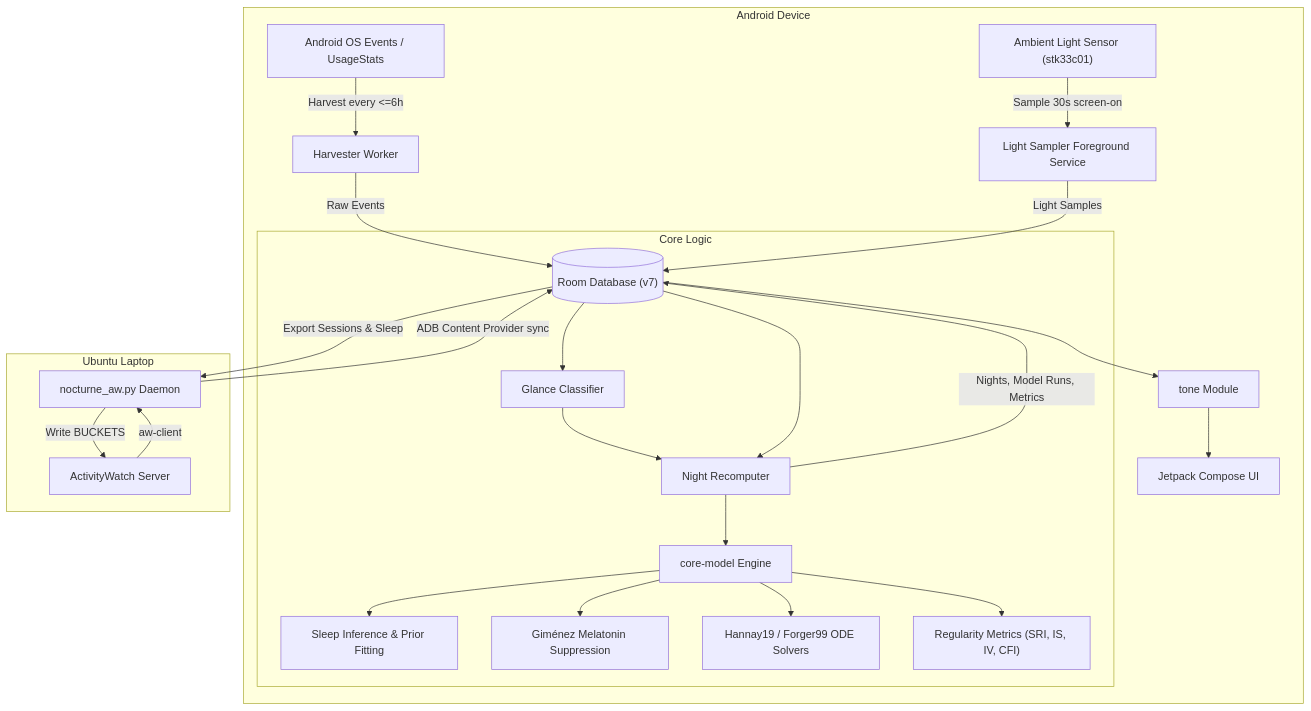
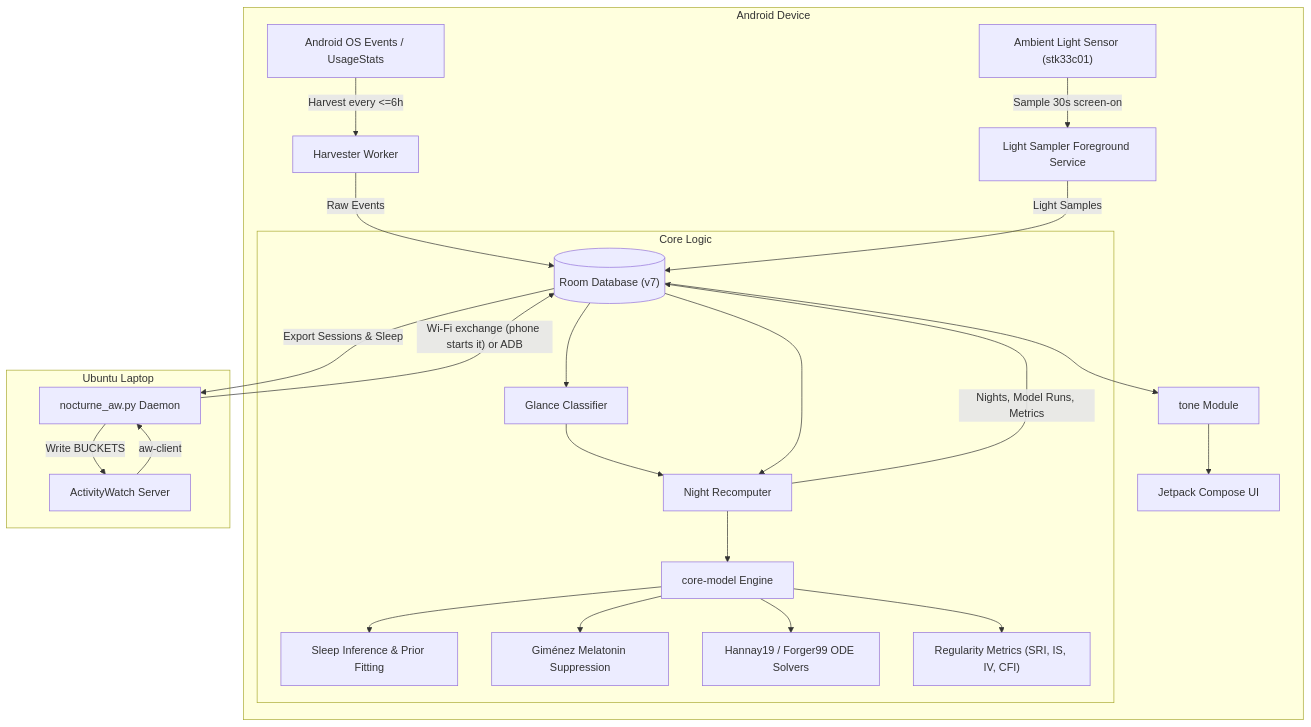
The first of 5 diagrams in README.md (Anbu-00001/Nocturne), drawn with Mermaid before and after one commit. The commit also changed other lines of this file and 25 other files, not shown here.

Commit message:
Phase 5: Wi-Fi sync started by the phone (pinned TLS, signed requests, private addresses only), pair over adb, Settings block; twelve-days data findings; live-test false positive fixed

````diff
--- a/README.md
+++ b/README.md
@@ -25,33 +25,33 @@
 ```mermaid
 graph TD
     subgraph Android Device
         OS["Android OS Events / UsageStats"] -->|Harvest every <=6h| HARVESTER["Harvester Worker"]
         LIGHT_SENSOR["Ambient Light Sensor (stk33c01)"] -->|Sample 30s screen-on| LIGHT_SVC["Light Sampler Foreground Service"]
         
         HARVESTER -->|Raw Events| ROOM_DB[("Room Database (v7)")]
         LIGHT_SVC -->|Light Samples| ROOM_DB
         
         subgraph Core Logic
             ROOM_DB --> CLASSIFIER["Glance Classifier"]
             CLASSIFIER --> RECOMPUTER["Night Recomputer"]
             ROOM_DB --> RECOMPUTER
             
             RECOMPUTER --> CORE_MODEL["core-model Engine"]
             CORE_MODEL --> SLEEP_INF["Sleep Inference & Prior Fitting"]
             CORE_MODEL --> GIME_MODEL["Giménez Melatonin Suppression"]
             CORE_MODEL --> ODE_SOLVER["Hannay19 / Forger99 ODE Solvers"]
             CORE_MODEL --> REG_METRICS["Regularity Metrics (SRI, IS, IV, CFI)"]
         end
 
         RECOMPUTER -->|Nights, Model Runs, Metrics| ROOM_DB
         ROOM_DB --> TONE_ENGINE["tone Module"]
         TONE_ENGINE --> UI["Jetpack Compose UI"]
     end
 
     subgraph Ubuntu Laptop
         AW_SERVER["ActivityWatch Server"] -->|aw-client| AW_PYTHON["nocturne_aw.py Daemon"]
-        AW_PYTHON -->|ADB Content Provider sync| ROOM_DB
+        AW_PYTHON -->|"Wi-Fi exchange (phone starts it) or ADB"| ROOM_DB
         ROOM_DB -->|Export Sessions & Sleep| AW_PYTHON
         AW_PYTHON -->|Write BUCKETS| AW_SERVER
     end
 ```
````
